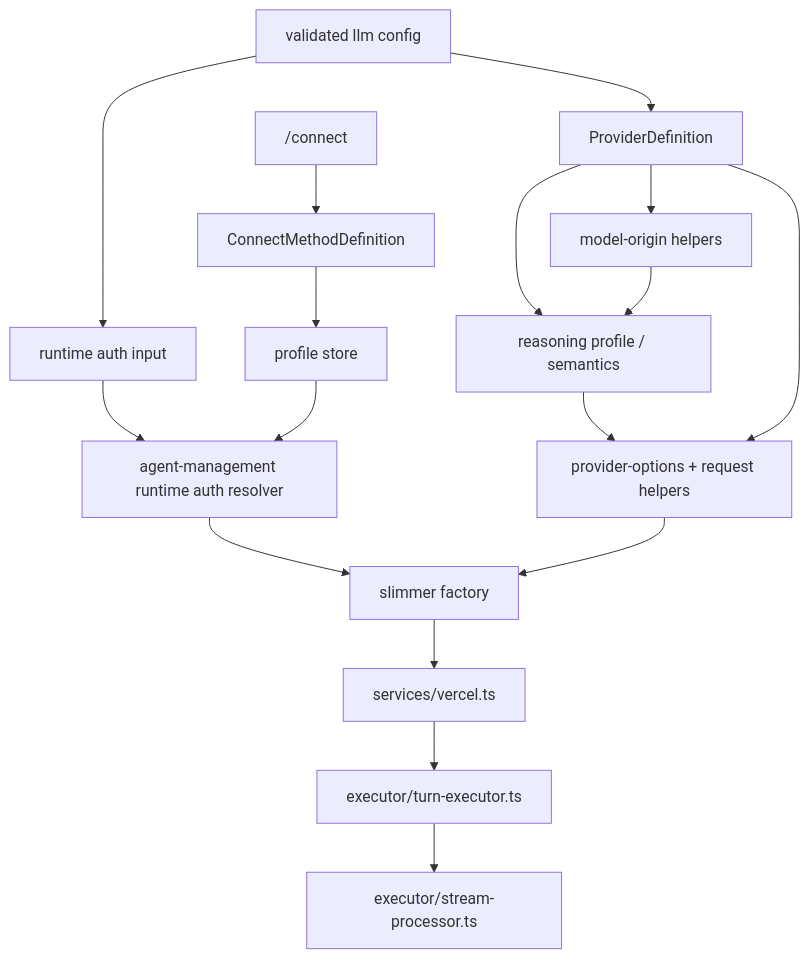
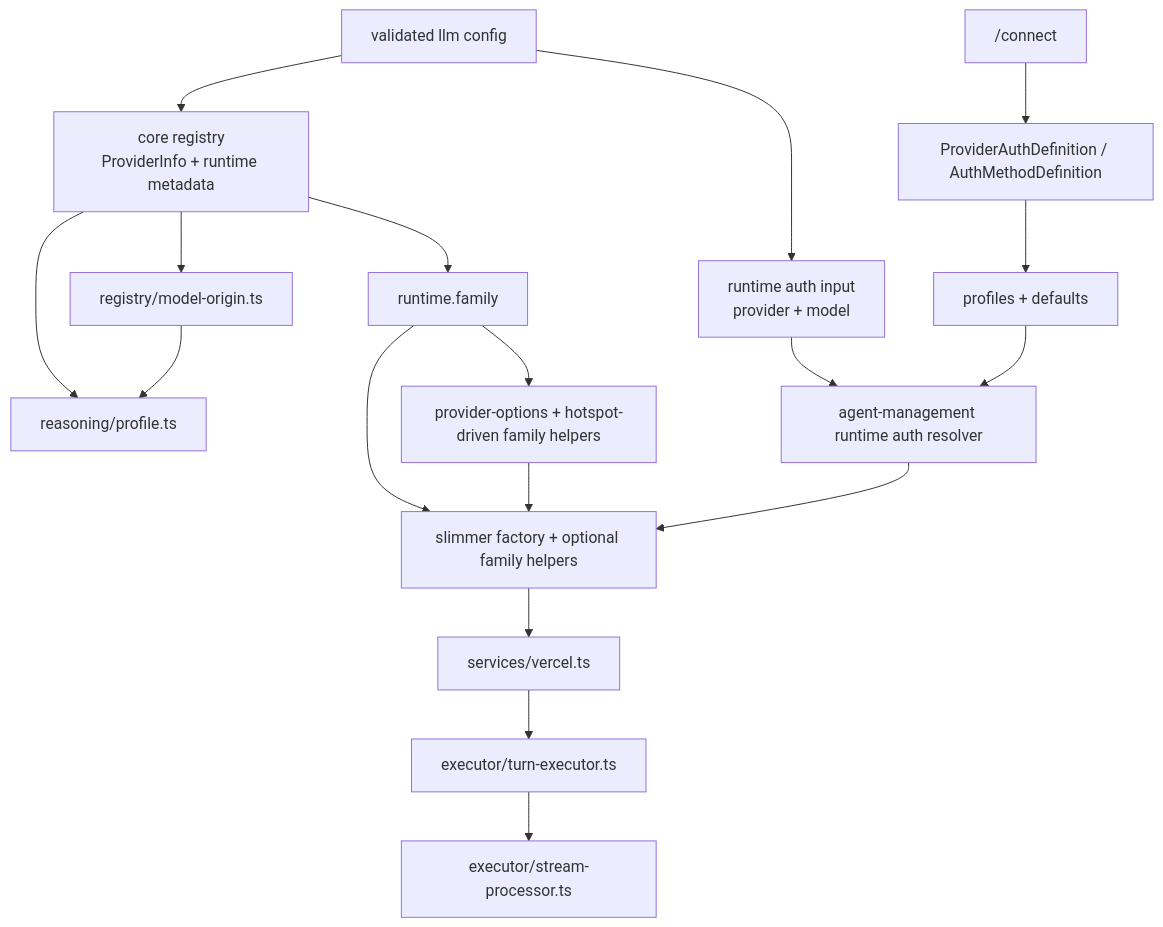
The second of 4 diagrams in feature-plans/oauth-and-more-providers/v2/PROPOSED_MODULE_TREE.md (truffle-ai/dexto), drawn with Mermaid before and after one commit. The commit also changed other lines of this file and 2 other files, not shown here.

````diff
--- a/feature-plans/oauth-and-more-providers/v2/PROPOSED_MODULE_TREE.md
+++ b/feature-plans/oauth-and-more-providers/v2/PROPOSED_MODULE_TREE.md
@@ -249,23 +304,25 @@
 ```mermaid
 flowchart TD
-    CFG["validated llm config"] --> PDEF["ProviderDefinition"]
-    CFG --> AUTHIN["runtime auth input"]
+    CFG["validated llm config"] --> REG["core registry<br/>ProviderInfo + runtime metadata"]
+    CFG --> AUTHIN["runtime auth input<br/>provider + model"]
+
+    REG --> ORIGIN["registry/model-origin.ts"]
+    REG --> FAMILY["runtime.family"]
+    REG --> REASON["reasoning/profile.ts"]
+
+    ORIGIN --> REASON
+    FAMILY --> OPTS["provider-options + hotspot-driven family helpers"]
+    FAMILY --> FACTORY["slimmer factory + optional family helpers"]
+    OPTS --> FACTORY
 
     AUTHIN --> AUTH["agent-management runtime auth resolver"]
-    AUTH --> FACTORY["slimmer factory"]
+    AUTH --> FACTORY
 
-    PDEF --> ORIGIN["model-origin helpers"]
-    PDEF --> REASON["reasoning profile / semantics"]
-    ORIGIN --> REASON
-    REASON --> OPTS["provider-options + request helpers"]
-    PDEF --> OPTS
-
-    OPTS --> FACTORY
     FACTORY --> SERVICE["services/vercel.ts"]
     SERVICE --> EXEC["executor/turn-executor.ts"]
     EXEC --> PROCESSOR["executor/stream-processor.ts"]
 
-    CONNECT["/connect"] --> CMETH["ConnectMethodDefinition"]
-    CMETH --> STORE["profile store"]
+    CONNECT["/connect"] --> AUTHDEF["ProviderAuthDefinition / AuthMethodDefinition"]
+    AUTHDEF --> STORE["profiles + defaults"]
     STORE --> AUTH
 ```
````
